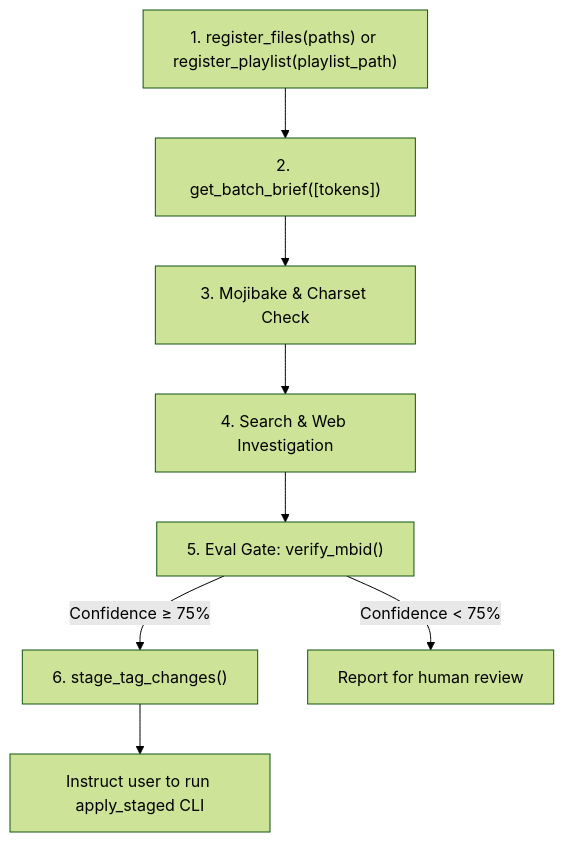
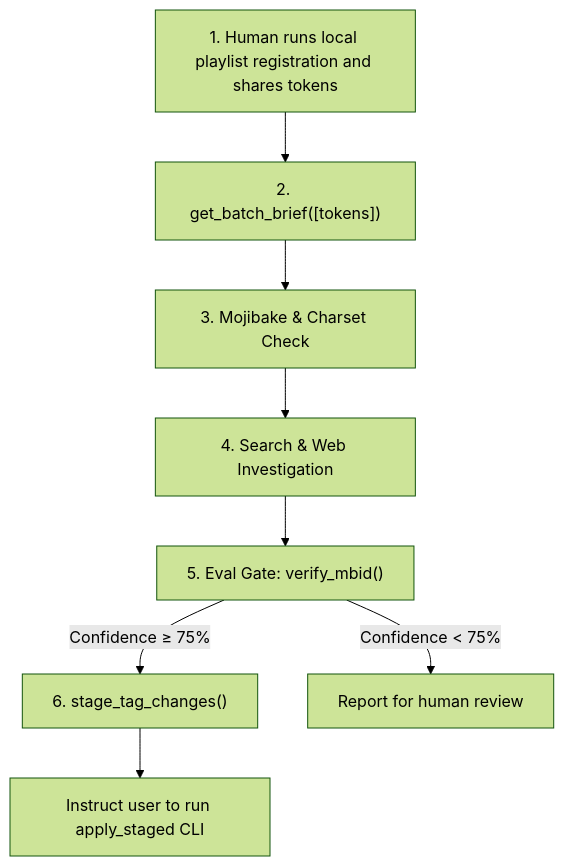
One commit to niccy266/musicbee-tagger-mcp changed the diagram in release/claude-marketplace/plugins/musicbee-tagger/skills/musicbee-investigator/SKILL.md. Above: the diagram before and after it, drawn with Mermaid (forest theme). The commit also changed other lines of this file and 25 other files, not shown here.

Commit message:
Add persistent private playlist registration

````diff
--- a/release/claude-marketplace/plugins/musicbee-tagger/skills/musicbee-investigator/SKILL.md
+++ b/release/claude-marketplace/plugins/musicbee-tagger/skills/musicbee-investigator/SKILL.md
@@ -32,10 +32,10 @@
 ```mermaid
 flowchart TD
-    A["1. register_files(paths) or register_playlist(playlist_path)"] --> B["2. get_batch_brief([tokens])"]
+    A["1. Human runs local playlist registration and shares tokens"] --> B["2. get_batch_brief([tokens])"]
     B --> C["3. Mojibake & Charset Check"]
     C --> D["4. Search & Web Investigation"]
     D --> E["5. Eval Gate: verify_mbid()"]
     E -->|Confidence ≥ 75%| F["6. stage_tag_changes()"]
     E -->|Confidence < 75%| G["Report for human review"]
     F --> H["Instruct user to run apply_staged CLI"]
 ```
````
